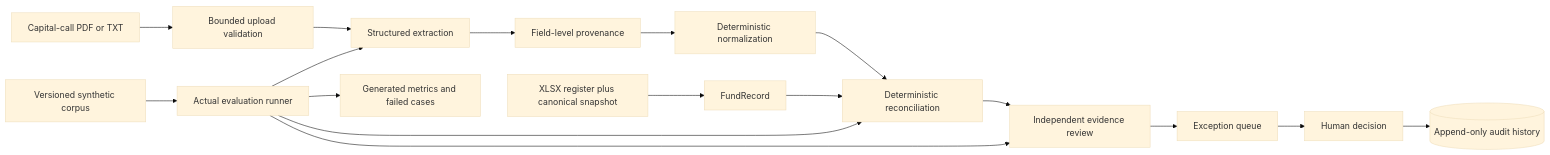
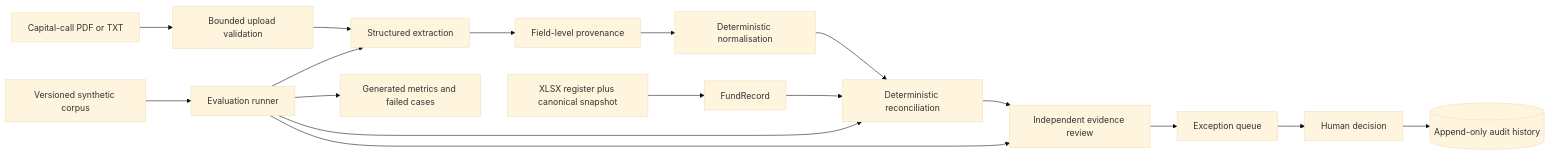
Before and after one commit to retinapeg/YLOOKUP: the diagram in README.md, drawn with Mermaid (base theme). The commit also changed other lines of this file and 3 other files, not shown here.

````diff
--- a/README.md
+++ b/README.md
@@ -9,20 +43,20 @@
 ```mermaid
 flowchart LR
     A[Capital-call PDF or TXT] --> B[Bounded upload validation]
     B --> C[Structured extraction]
     C --> D[Field-level provenance]
-    D --> E[Deterministic normalization]
+    D --> E[Deterministic normalisation]
     F[XLSX register plus canonical snapshot] --> G[FundRecord]
     E --> H[Deterministic reconciliation]
     G --> H
     H --> I[Independent evidence review]
     I --> J[Exception queue]
     J --> K[Human decision]
     K --> L[(Append-only audit history)]
 
-    M[Versioned synthetic corpus] --> N[Actual evaluation runner]
+    M[Versioned synthetic corpus] --> N[Evaluation runner]
     N --> C
     N --> H
     N --> I
     N --> O[Generated metrics and failed cases]
 ```
````
